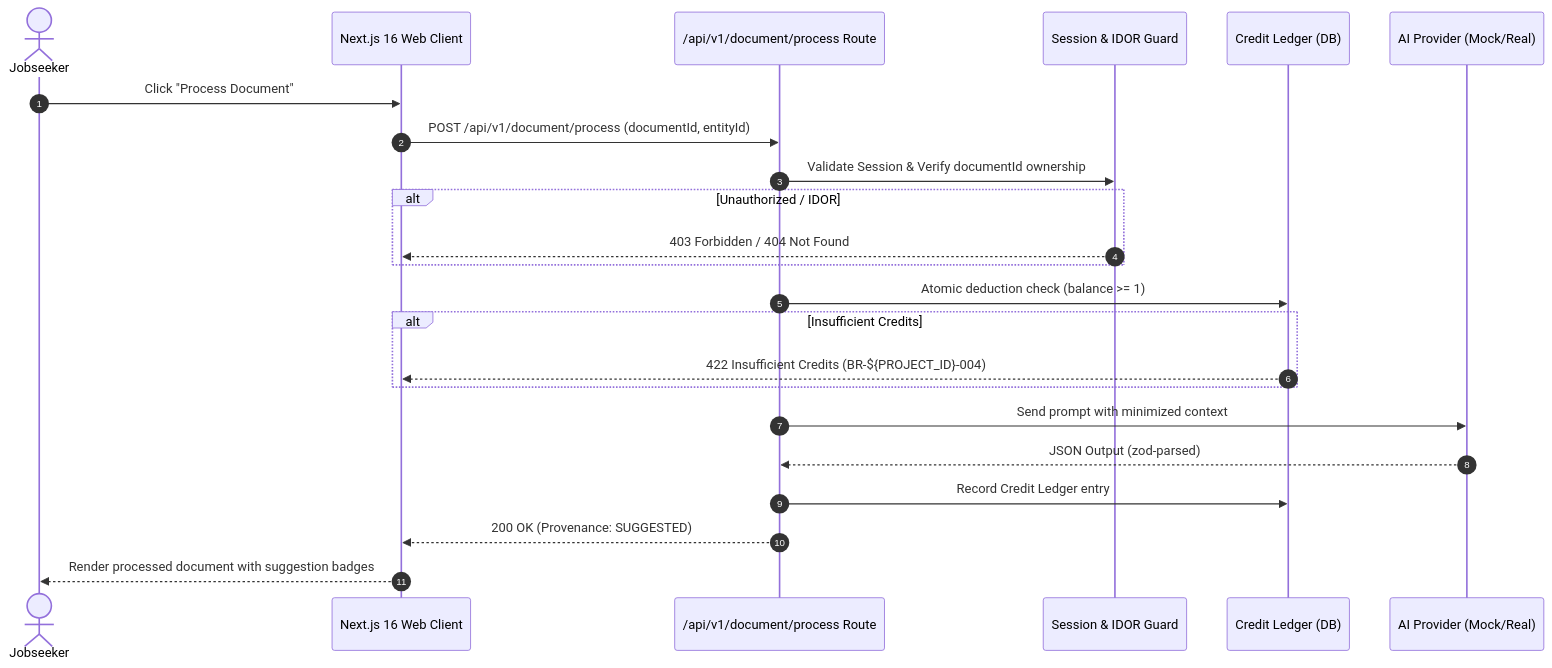
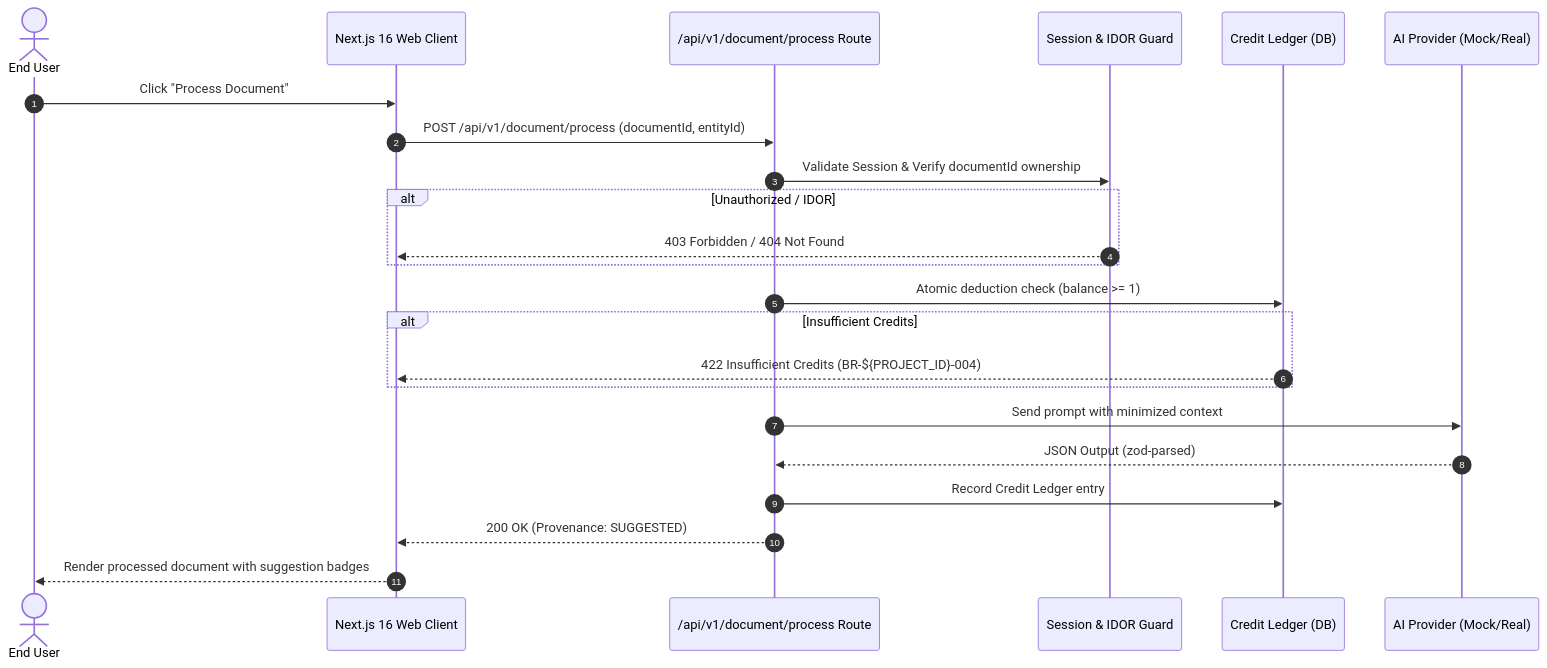
Before and after one commit to adjiehf231/AI-MASTER-ORCHESTRATOR-DEVELOPMENT: the second of 2 diagrams in skills/system-modeling/SKILL.md, drawn with Mermaid. The commit also changed other lines of this file and 176 other files, not shown here.

````diff
--- a/skills/system-modeling/SKILL.md
+++ b/skills/system-modeling/SKILL.md
@@ -40,26 +40,26 @@
 ```mermaid
 sequenceDiagram
     autonumber
-    actor User as Jobseeker
+    actor User as End User
     participant Client as Next.js 16 Web Client
     participant API as /api/v1/document/process Route
     participant Auth as Session & IDOR Guard
     participant Ledger as Credit Ledger (DB)
     participant AI as AI Provider (Mock/Real)
     
     User->>Client: Click "Process Document"
     Client->>API: POST /api/v1/document/process (documentId, entityId)
     API->>Auth: Validate Session & Verify documentId ownership
     alt Unauthorized / IDOR
         Auth-->>Client: 403 Forbidden / 404 Not Found
     end
     API->>Ledger: Atomic deduction check (balance >= 1)
     alt Insufficient Credits
         Ledger-->>Client: 422 Insufficient Credits (BR-${PROJECT_ID}-004)
     end
     API->>AI: Send prompt with minimized context
     AI-->>API: JSON Output (zod-parsed)
     API->>Ledger: Record Credit Ledger entry
     API-->>Client: 200 OK (Provenance: SUGGESTED)
     Client-->>User: Render processed document with suggestion badges
 ```
````
